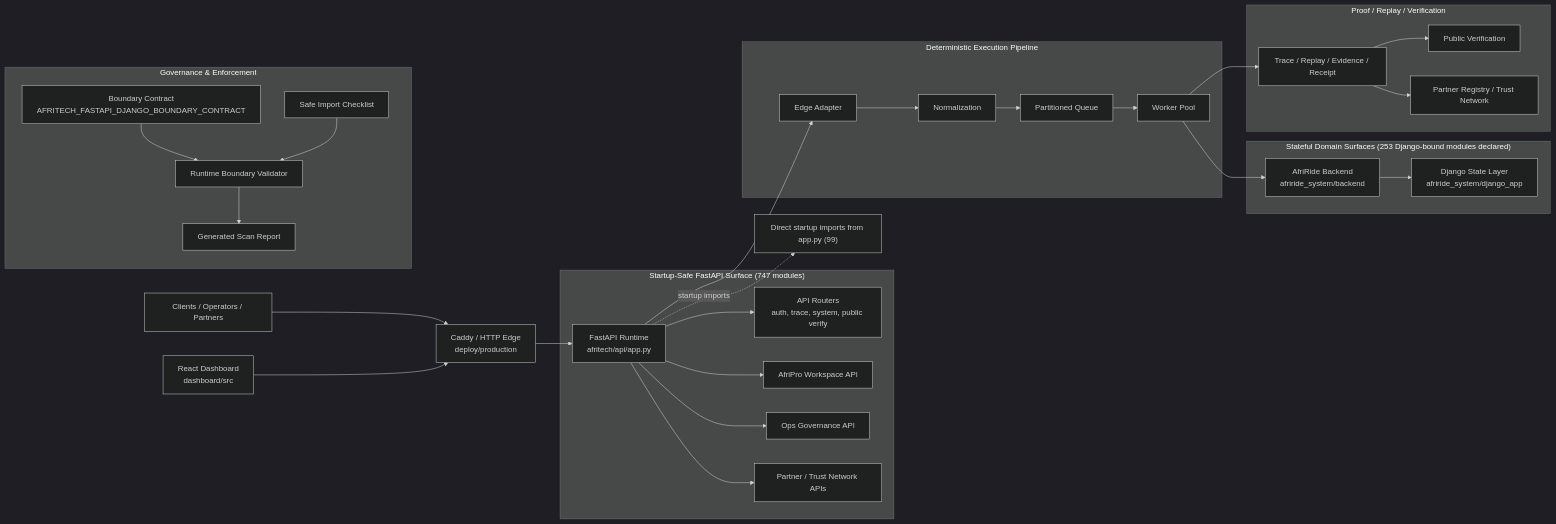
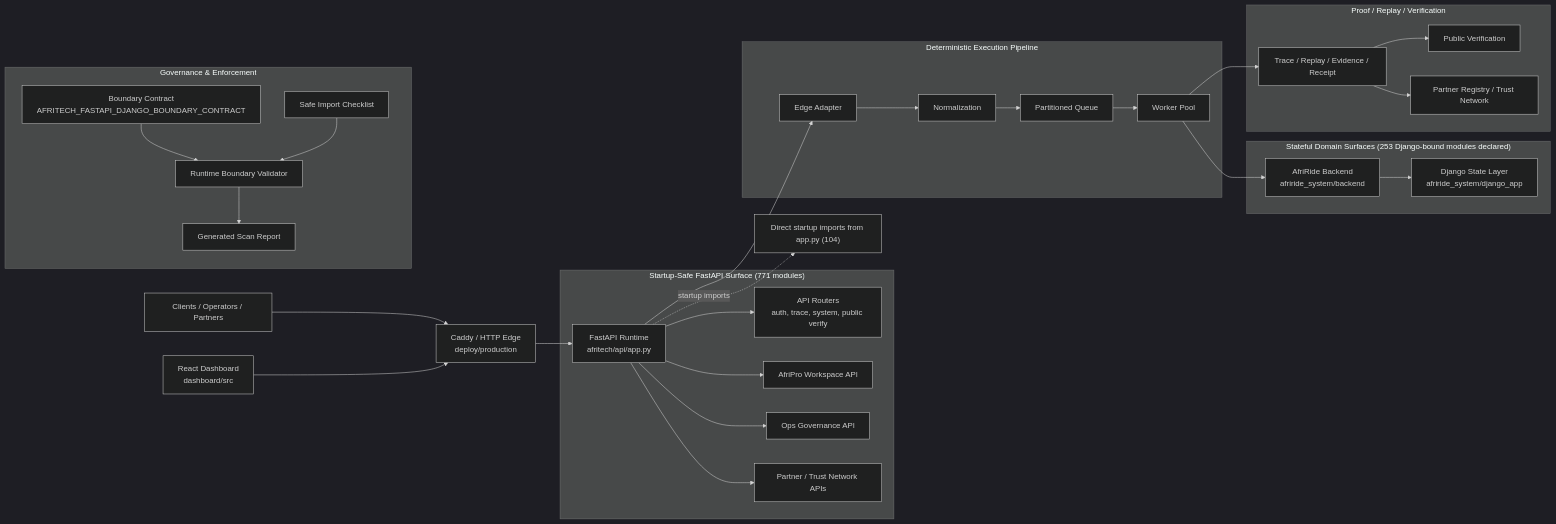
One commit to Strelly2023/afritelematics changed the first of 2 diagrams in docs/architecture/AFRITECH_FULL_ARCHITECTURE_GRAPH.md. Above: the diagram before and after it, drawn with Mermaid (dark theme). The commit also changed other lines of this file and 78 other files, not shown here.

````diff
--- a/docs/architecture/AFRITECH_FULL_ARCHITECTURE_GRAPH.md
+++ b/docs/architecture/AFRITECH_FULL_ARCHITECTURE_GRAPH.md
@@ -22,39 +22,39 @@
 ```mermaid
 flowchart LR
     Client["Clients / Operators / Partners"] --> Edge["Caddy / HTTP Edge\ndeploy/production"]
     Dashboard["React Dashboard\ndashboard/src"] --> Edge
     Edge --> App["FastAPI Runtime\nafritech/api/app.py"]
 
-    subgraph FastAPI["Startup-Safe FastAPI Surface (747 modules)"]
+    subgraph FastAPI["Startup-Safe FastAPI Surface (771 modules)"]
         App --> Api["API Routers\nauth, trace, system, public verify"]
         App --> Workspace["AfriPro Workspace API"]
         App --> Governance["Ops Governance API"]
         App --> Trust["Partner / Trust Network APIs"]
     end
 
     subgraph Pipeline["Deterministic Execution Pipeline"]
         App --> Adapt["Edge Adapter"]
         Adapt --> Normalize["Normalization"]
         Normalize --> Queue["Partitioned Queue"]
         Queue --> Worker["Worker Pool"]
     end
 
     subgraph State["Stateful Domain Surfaces (253 Django-bound modules declared)"]
         Worker --> Domain["AfriRide Backend\nafriride_system/backend"]
         Domain --> Django["Django State Layer\nafriride_system/django_app"]
     end
 
     subgraph Proof["Proof / Replay / Verification"]
         Worker --> Trace["Trace / Replay / Evidence / Receipt"]
         Trace --> Public["Public Verification"]
         Trace --> Registry["Partner Registry / Trust Network"]
     end
 
     subgraph GovernancePlane["Governance & Enforcement"]
         Contract["Boundary Contract\nAFRITECH_FASTAPI_DJANGO_BOUNDARY_CONTRACT"] --> Validator["Runtime Boundary Validator"]
         Checklist["Safe Import Checklist"] --> Validator
         Validator --> Review["Generated Scan Report"]
     end
 
-    App -. startup imports .-> Imports["Direct startup imports from app.py (99)"]
+    App -. startup imports .-> Imports["Direct startup imports from app.py (104)"]
 ```
````
